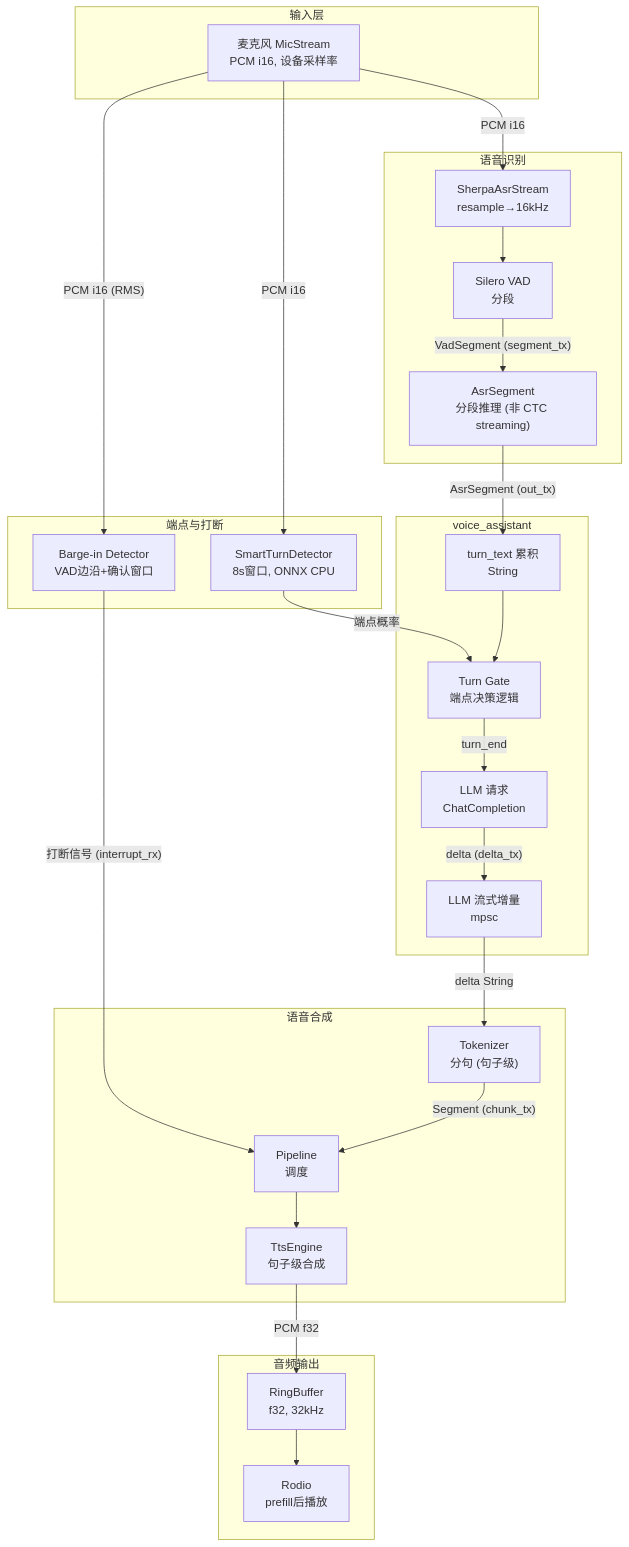
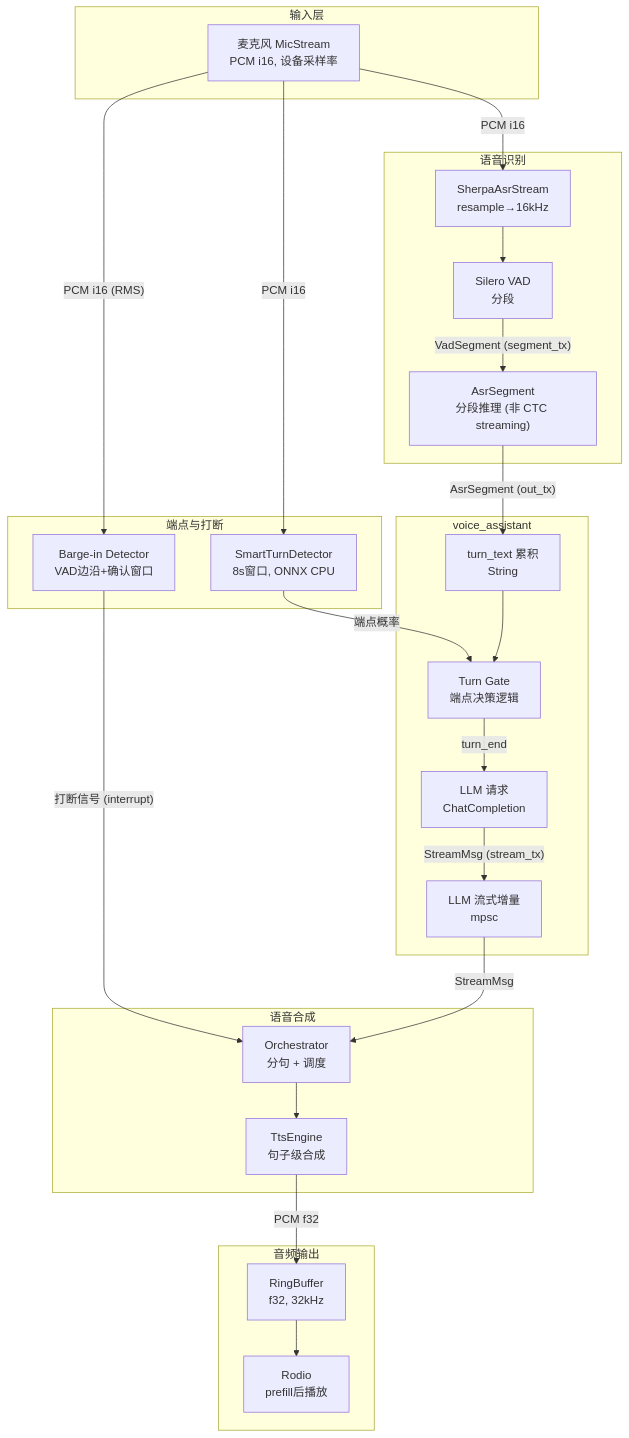
One commit to sanshanya/rcat-voice changed the second of 4 diagrams in docs/ARCHITECTURE.md. Above: the diagram before and after it, drawn with Mermaid. The commit also changed other lines of this file and 19 other files, not shown here.

````diff
--- a/docs/ARCHITECTURE.md
+++ b/docs/ARCHITECTURE.md
@@ -163,56 +170,54 @@
 ```mermaid
 flowchart TB
     subgraph Input["输入层"]
         MIC["麦克风 MicStream<br/>PCM i16, 设备采样率"]
     end
 
     subgraph ASR["语音识别"]
         SHERPA["SherpaAsrStream<br/>resample→16kHz"]
         VAD["Silero VAD<br/>分段"]
         ASR_SEG["AsrSegment<br/>分段推理 (非 CTC streaming)"]
     end
 
     subgraph Turn["端点与打断"]
         SMART["SmartTurnDetector<br/>8s窗口, ONNX CPU"]
         BARGE_DET["Barge-in Detector<br/>VAD边沿+确认窗口"]
     end
 
     subgraph VoiceAssistant["voice_assistant"]
         TURN_TEXT["turn_text 累积<br/>String"]
         TURN_GATE["Turn Gate<br/>端点决策逻辑"]
         LLM_REQ["LLM 请求<br/>ChatCompletion"]
-        LLM_DELTA["LLM 流式增量<br/>mpsc<String>"]
+        LLM_DELTA["LLM 流式增量<br/>mpsc<StreamMsg>"]
     end
 
     subgraph TTS["语音合成"]
-        TOKENIZER["Tokenizer<br/>分句 (句子级)"]
-        PIPELINE["Pipeline<br/>调度"]
+        ORCH["Orchestrator<br/>分句 + 调度"]
         ENGINE["TtsEngine<br/>句子级合成"]
     end
 
     subgraph Audio["音频输出"]
         RING["RingBuffer<br/>f32, 32kHz"]
         RODIO["Rodio<br/>prefill后播放"]
     end
 
     MIC -->|"PCM i16"| SHERPA
     MIC -->|"PCM i16"| SMART
     MIC -->|"PCM i16 (RMS)"| BARGE_DET
 
     SHERPA --> VAD
     VAD -->|"VadSegment (segment_tx)"| ASR_SEG
     ASR_SEG -->|"AsrSegment (out_tx)"| TURN_TEXT
 
     SMART -->|"端点概率"| TURN_GATE
     TURN_TEXT --> TURN_GATE
     TURN_GATE -->|"turn_end"| LLM_REQ
-    LLM_REQ -->|"delta (delta_tx)"| LLM_DELTA
+    LLM_REQ -->|"StreamMsg (stream_tx)"| LLM_DELTA
 
-    BARGE_DET -->|"打断信号 (interrupt_rx)"| PIPELINE
+    BARGE_DET -->|"打断信号 (interrupt)"| ORCH
 
-    LLM_DELTA -->|"delta String"| TOKENIZER
-    TOKENIZER -->|"Segment (chunk_tx)"| PIPELINE
-    PIPELINE --> ENGINE
+    LLM_DELTA -->|"StreamMsg"| ORCH
+    ORCH --> ENGINE
     ENGINE -->|"PCM f32"| RING
     RING --> RODIO
 ```
````
